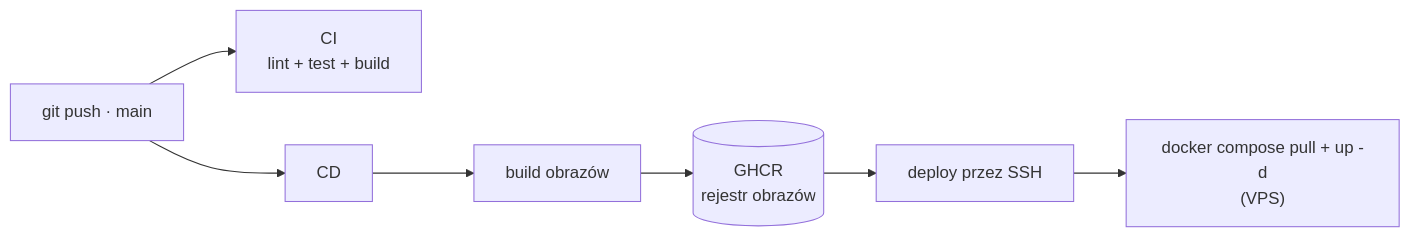
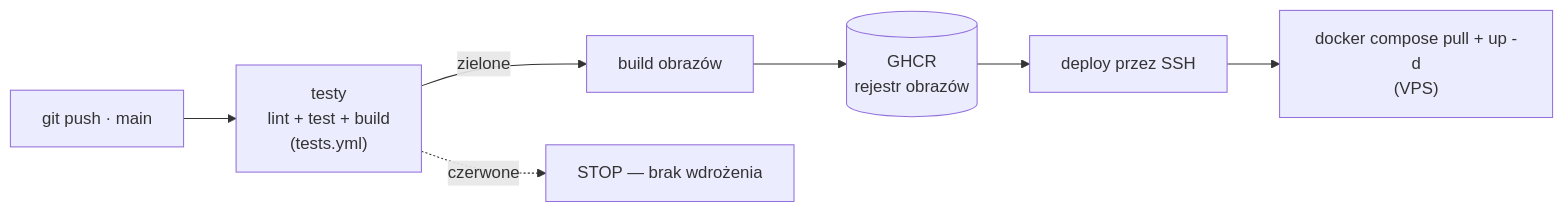
Before and after one commit to robZuk/planista: the second of 2 diagrams in README.md, drawn with Mermaid. The commit also changed other lines of this file, not shown here.

````diff
--- a/README.md
+++ b/README.md
@@ -96,8 +96,7 @@
 ```mermaid
 flowchart LR
-    push["git push · main"] --> ci["CI<br/>lint + test + build"]
-    push --> cd["CD"]
-    cd --> build["build obrazów"] --> ghcr[("GHCR<br/>rejestr obrazów")]
-    ghcr --> deploy["deploy przez SSH"]
-    deploy --> prod["docker compose pull + up -d<br/>(VPS)"]
+    push["git push · main"] --> test["testy<br/>lint + test + build<br/>(tests.yml)"]
+    test -->|zielone| build["build obrazów"] --> ghcr[("GHCR<br/>rejestr obrazów")]
+    ghcr --> deploy["deploy przez SSH"] --> prod["docker compose pull + up -d<br/>(VPS)"]
+    test -.->|czerwone| stop["STOP — brak wdrożenia"]
 ```
````
